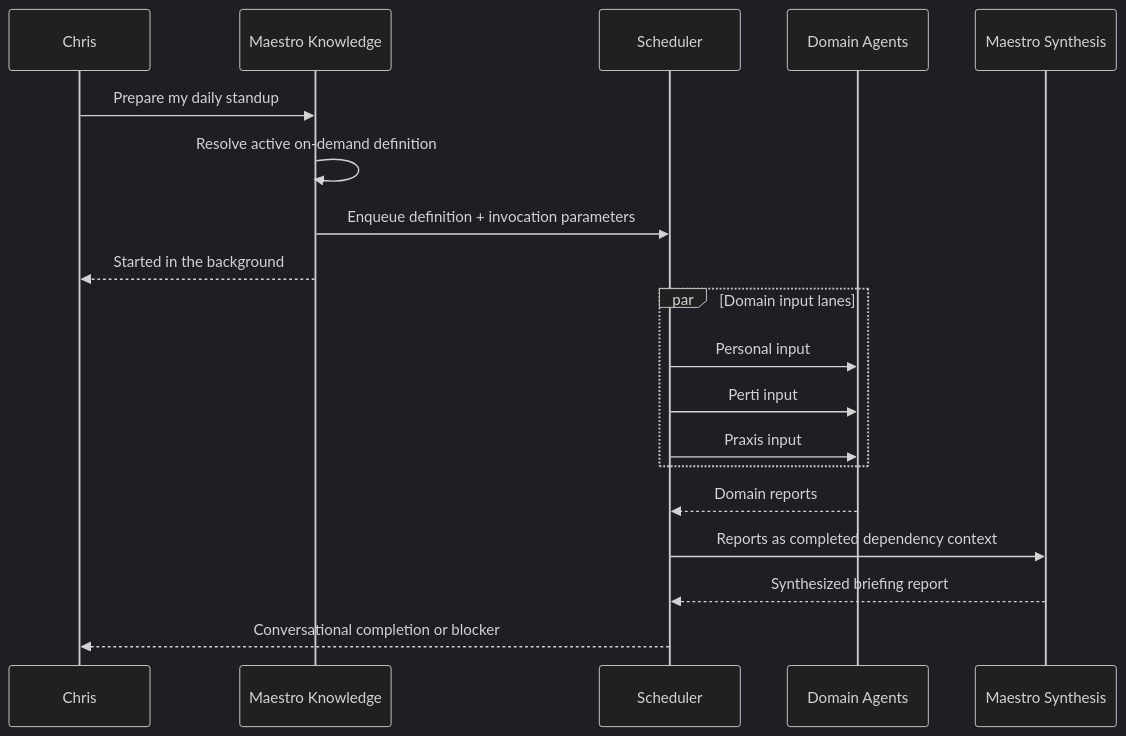
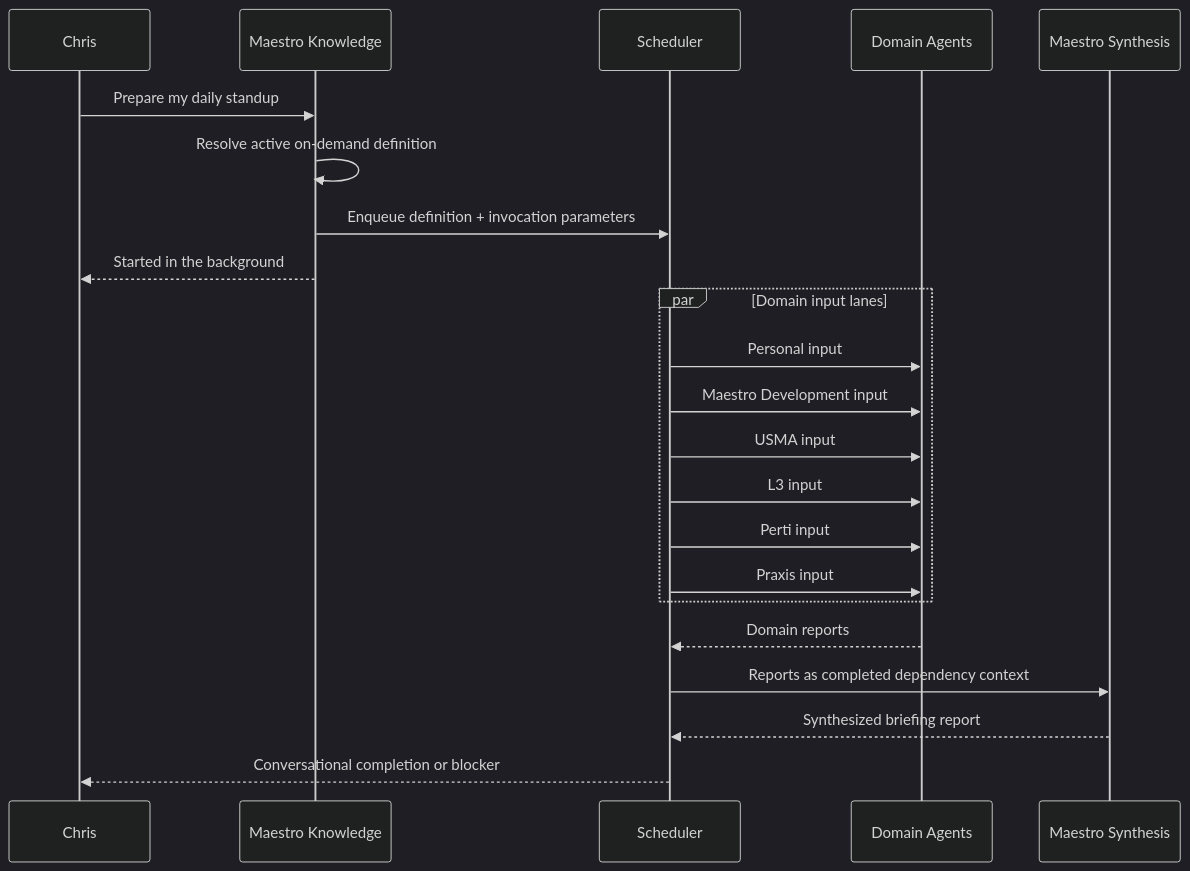
The diagram in docs/ON_DEMAND_WORKFLOWS.md (Caliperti1/Maestro), drawn with Mermaid (dark theme) before and after one commit. The commit also changed other lines of this file and 13 other files, not shown here.

````diff
--- a/docs/ON_DEMAND_WORKFLOWS.md
+++ b/docs/ON_DEMAND_WORKFLOWS.md
@@ -12,22 +12,25 @@
 ```mermaid
 sequenceDiagram
     participant C as Chris
     participant K as Maestro Knowledge
     participant S as Scheduler
     participant A as Domain Agents
     participant M as Maestro Synthesis
 
     C->>K: Prepare my daily standup
     K->>K: Resolve active on-demand definition
     K->>S: Enqueue definition + invocation parameters
     K-->>C: Started in the background
     par Domain input lanes
         S->>A: Personal input
+        S->>A: Maestro Development input
+        S->>A: USMA input
+        S->>A: L3 input
         S->>A: Perti input
         S->>A: Praxis input
     end
     A-->>S: Domain reports
     S->>M: Reports as completed dependency context
     M-->>S: Synthesized briefing report
     S-->>C: Conversational completion or blocker
 ```
````
